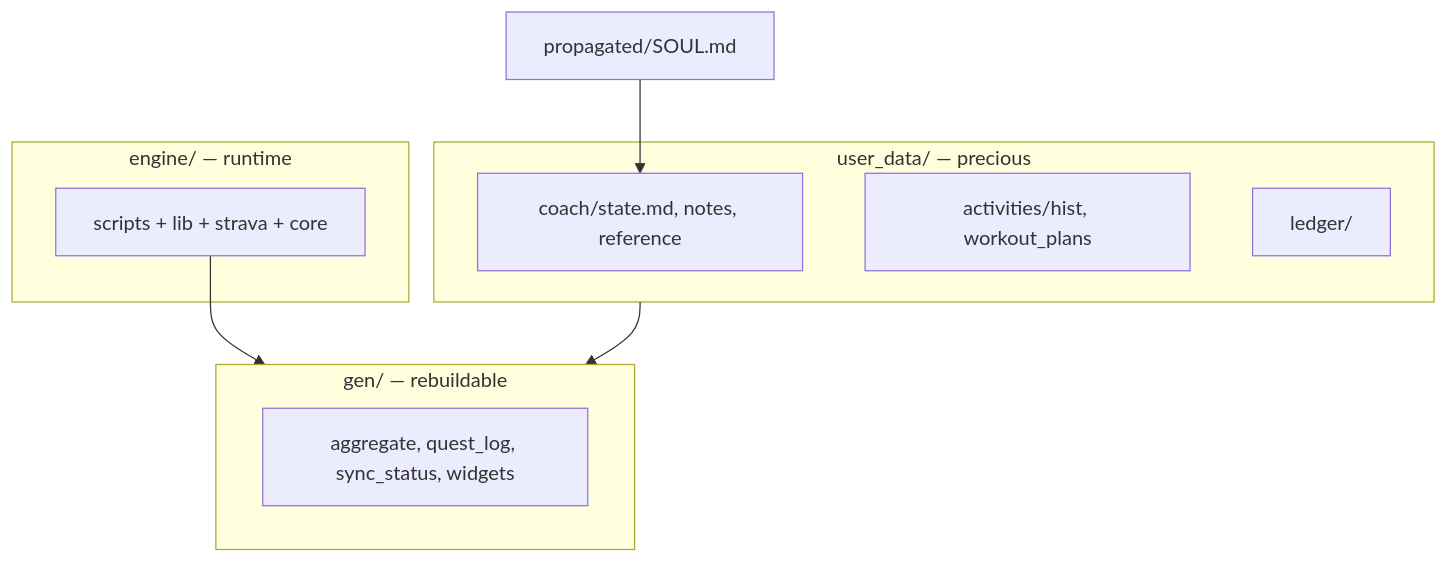
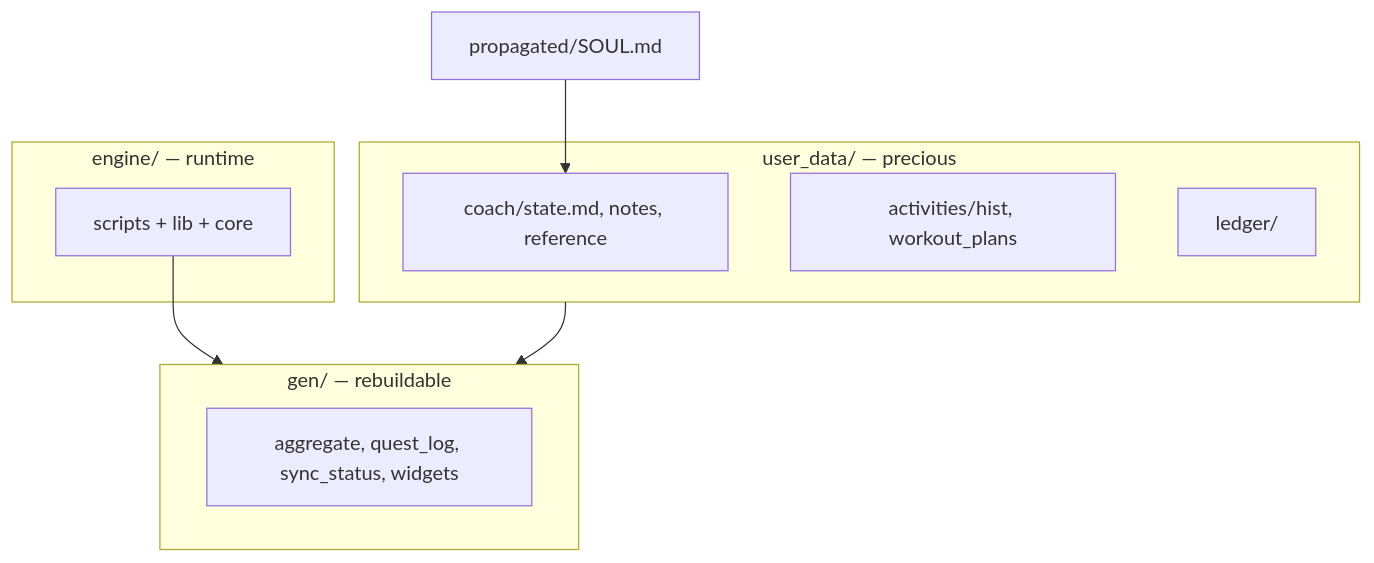
One commit to sibling-shipyard/coach-hq changed the diagram in engine/README.md. Above: the diagram before and after it, drawn with Mermaid. The commit also changed other lines of this file and 16 other files, not shown here.

````diff
--- a/engine/README.md
+++ b/engine/README.md
@@ -30,17 +30,17 @@
 ```mermaid
 flowchart TB
   subgraph engine["engine/ — runtime"]
-    scripts["scripts + lib + strava + core"]
+    scripts["scripts + lib + core"]
   end
   subgraph gen["gen/ — rebuildable"]
     out["aggregate, quest_log, sync_status, widgets"]
   end
   subgraph ud["user_data/ — precious"]
     coach["coach/state.md, notes, reference"]
     act["activities/hist, workout_plans"]
     ledger["ledger/"]
   end
   soul["propagated/SOUL.md"] --> coach
   scripts --> gen
   ud --> gen
 ```
````
